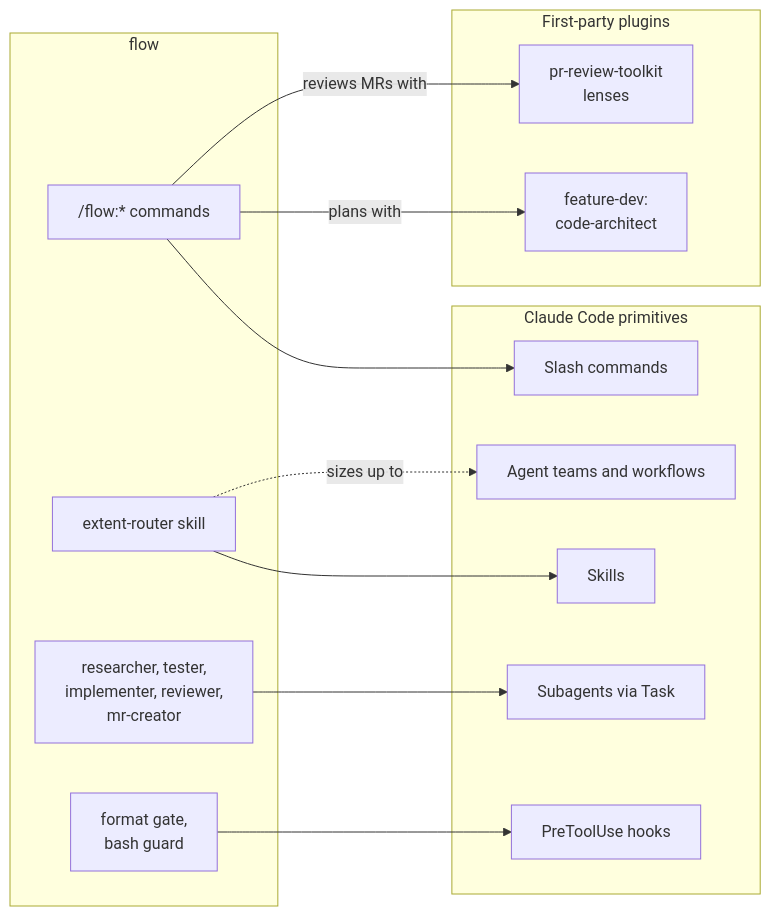
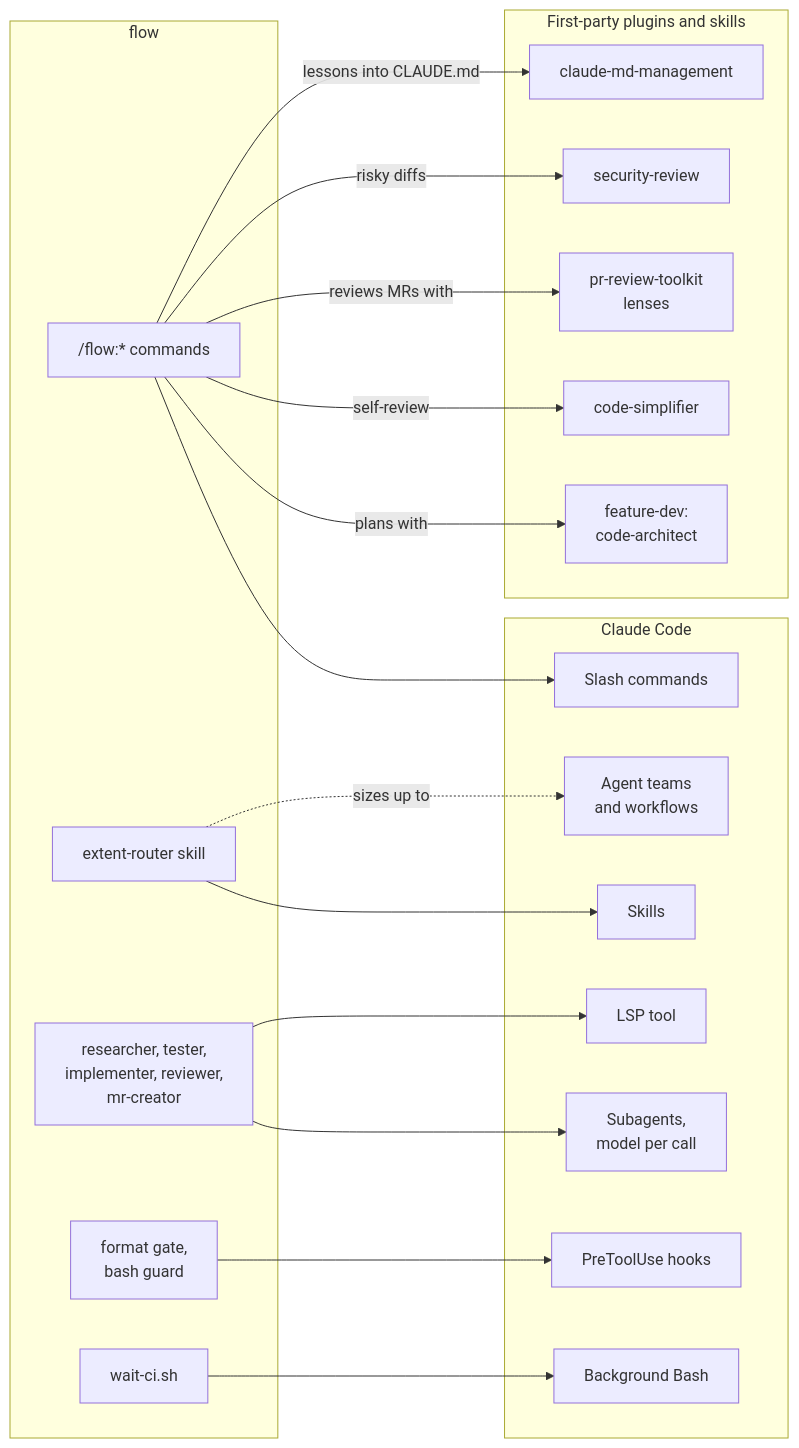
One commit to MarkusVGJensen/flow changed the first of 4 diagrams in README.md. Above: the diagram before and after it, drawn with Mermaid. The commit also changed other lines of this file and 20 other files, not shown here.

First line of the commit message:
flow 0.5.0: language server for the agents, CI without tokens, models per tier

````diff
--- a/README.md
+++ b/README.md
@@ -16,27 +63,38 @@
 ```mermaid
 flowchart LR
-  subgraph cc["Claude Code primitives"]
+  subgraph cc["Claude Code"]
     SC["Slash commands"]
     SK["Skills"]
-    SA["Subagents via Task"]
+    SA["Subagents,<br/>model per call"]
     HK["PreToolUse hooks"]
-    TW["Agent teams and workflows"]
+    LS["LSP tool"]
+    BG["Background Bash"]
+    TW["Agent teams<br/>and workflows"]
   end
   subgraph fl["flow"]
     CMD["/flow:* commands"]
     ER["extent-router skill"]
     AG["researcher, tester,<br/>implementer, reviewer,<br/>mr-creator"]
     GU["format gate,<br/>bash guard"]
+    WC["wait-ci.sh"]
   end
-  subgraph fp["First-party plugins"]
+  subgraph fp["First-party plugins and skills"]
     FD["feature-dev:<br/>code-architect"]
+    CS["code-simplifier"]
     PR["pr-review-toolkit<br/>lenses"]
+    SR["security-review"]
+    CM["claude-md-management"]
   end
   CMD --> SC
   ER --> SK
   AG --> SA
+  AG --> LS
   GU --> HK
+  WC --> BG
   ER -. "sizes up to" .-> TW
   CMD -- "plans with" --> FD
+  CMD -- "self-review" --> CS
   CMD -- "reviews MRs with" --> PR
+  CMD -- "risky diffs" --> SR
+  CMD -- "lessons into CLAUDE.md" --> CM
 ```
````
